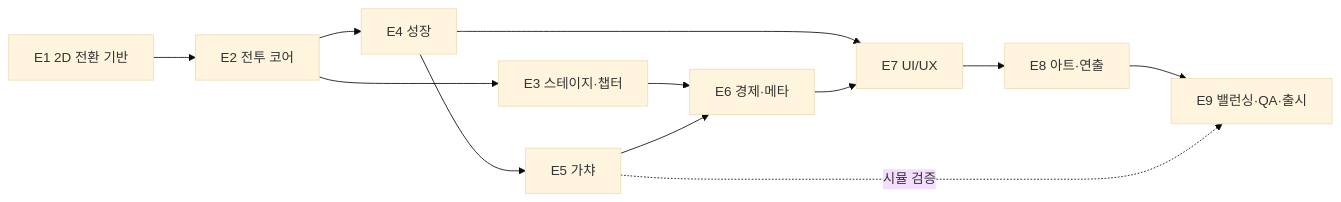
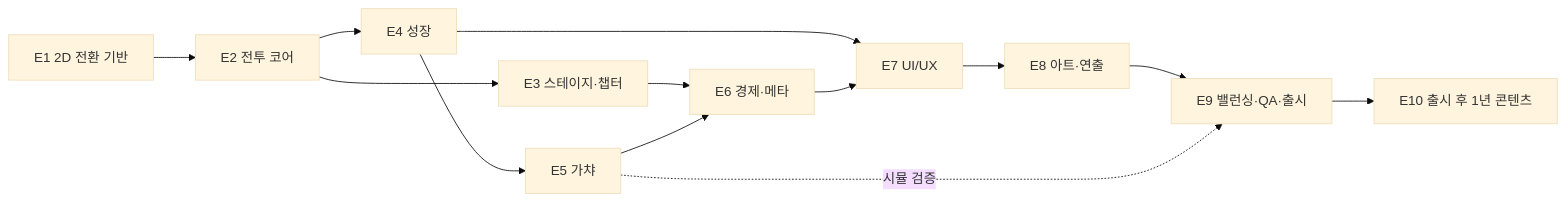
One commit to pockta11/solohero changed the first of 2 diagrams in _bmad-output/planning-artifacts/gdds/gdd-solohero-2026-09-20/epics.md. Above: the diagram before and after it, drawn with Mermaid (base theme). The commit also changed other lines of this file and 1085 other files, not shown here.

````diff
--- a/_bmad-output/planning-artifacts/gdds/gdd-solohero-2026-09-20/epics.md
+++ b/_bmad-output/planning-artifacts/gdds/gdd-solohero-2026-09-20/epics.md
@@ -251,14 +276,15 @@
 ```mermaid
 flowchart LR
     E1[E1 2D 전환 기반] --> E2[E2 전투 코어]
     E2 --> E3[E3 스테이지·챕터]
     E2 --> E4[E4 성장]
     E4 --> E5[E5 가챠]
     E3 --> E6[E6 경제·메타]
     E5 --> E6
     E4 --> E7[E7 UI/UX]
     E6 --> E7
     E7 --> E8[E8 아트·연출]
     E8 --> E9[E9 밸런싱·QA·출시]
+    E9 --> E10[E10 출시 후 1년 콘텐츠]
     E5 -.시뮬 검증.-> E9
 ```
````
